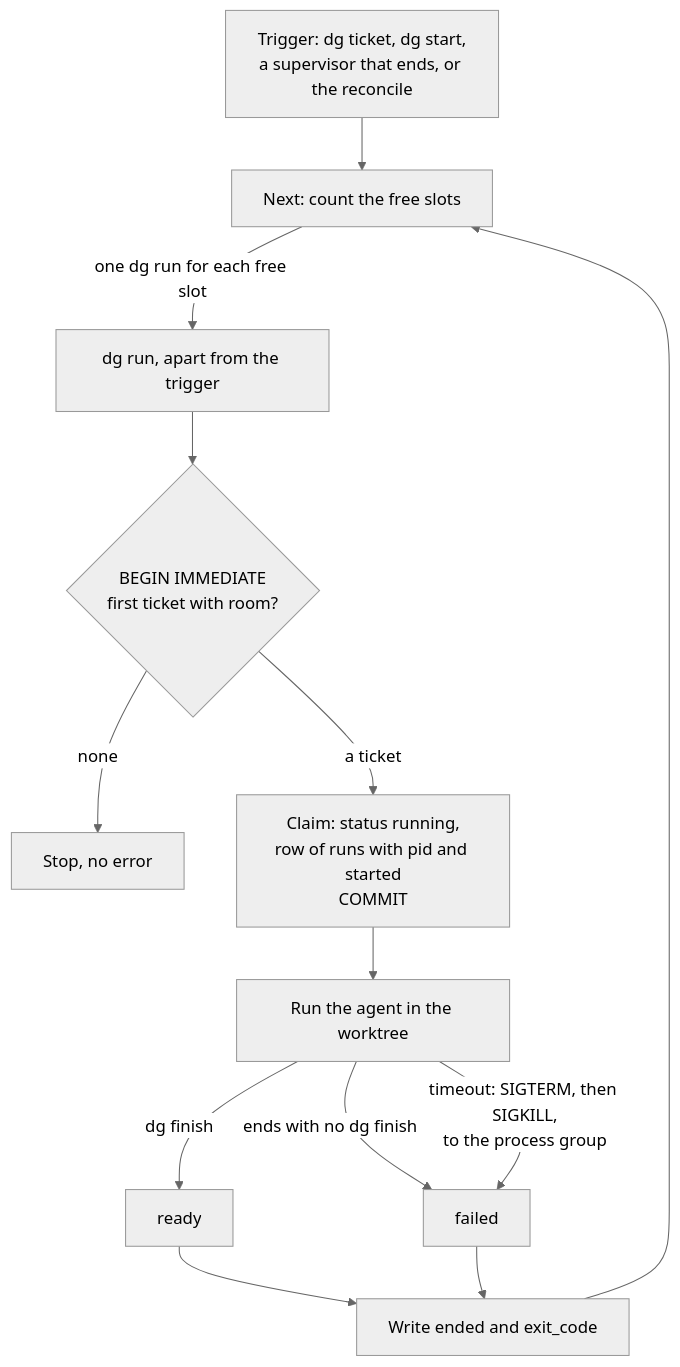
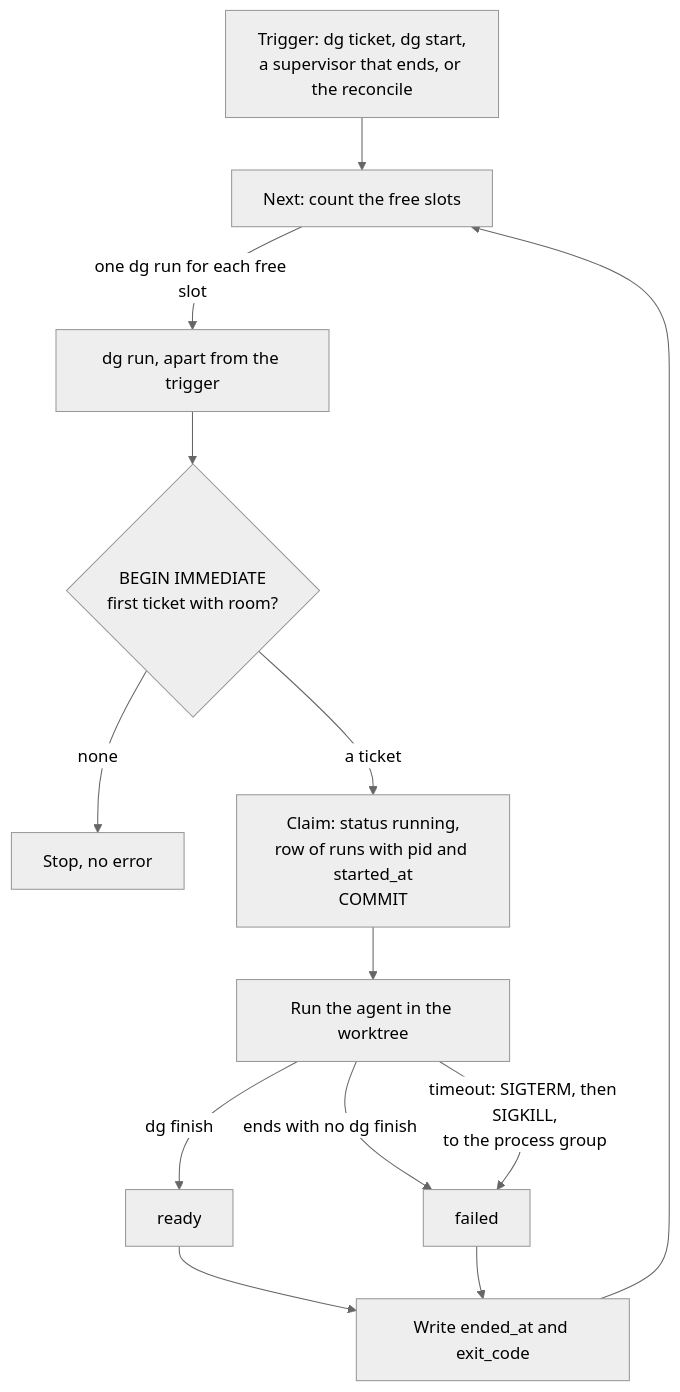
The first of 3 diagrams in docs/RUN_CONTROL.md (alcubie/delegator), drawn with Mermaid (neutral theme) before and after one commit. The commit also changed other lines of this file and 1 other file, not shown here.

First line of the commit message:
Name the time columns of runs started_at and ended_at

````diff
--- a/docs/RUN_CONTROL.md
+++ b/docs/RUN_CONTROL.md
@@ -293,15 +293,15 @@
 ```mermaid
 flowchart TD
     T["Trigger: dg ticket, dg start,<br>a supervisor that ends, or the reconcile"] --> N["Next: count the free slots"]
     N -->|"one dg run for each free slot"| S["dg run, apart from the trigger"]
     S --> C{"BEGIN IMMEDIATE<br>first ticket with room?"}
     C -->|"none"| X["Stop, no error"]
-    C -->|"a ticket"| W["Claim: status running,<br>row of runs with pid and started<br>COMMIT"]
+    C -->|"a ticket"| W["Claim: status running,<br>row of runs with pid and started_at<br>COMMIT"]
     W --> A["Run the agent in the worktree"]
     A -->|"dg finish"| R["ready"]
     A -->|"ends with no dg finish"| F["failed"]
     A -->|"timeout: SIGTERM, then SIGKILL,<br>to the process group"| F
-    R --> E["Write ended and exit_code"]
+    R --> E["Write ended_at and exit_code"]
     F --> E
     E --> N
 ```
````
